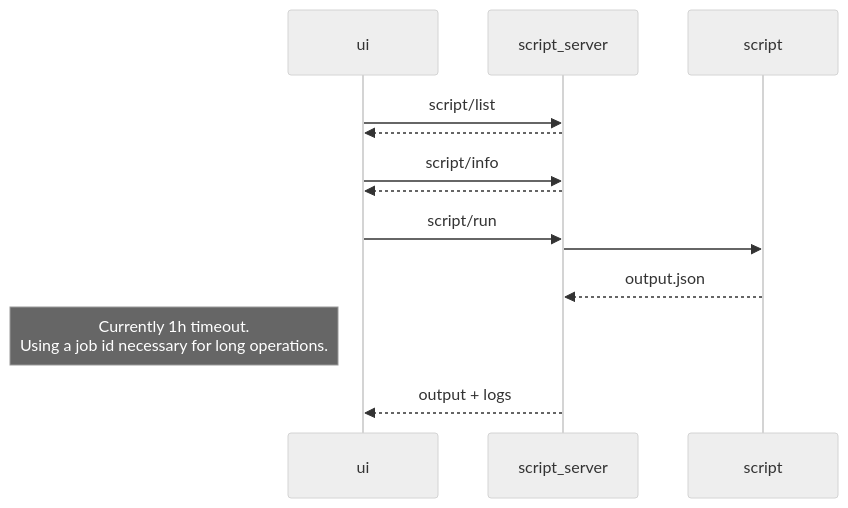
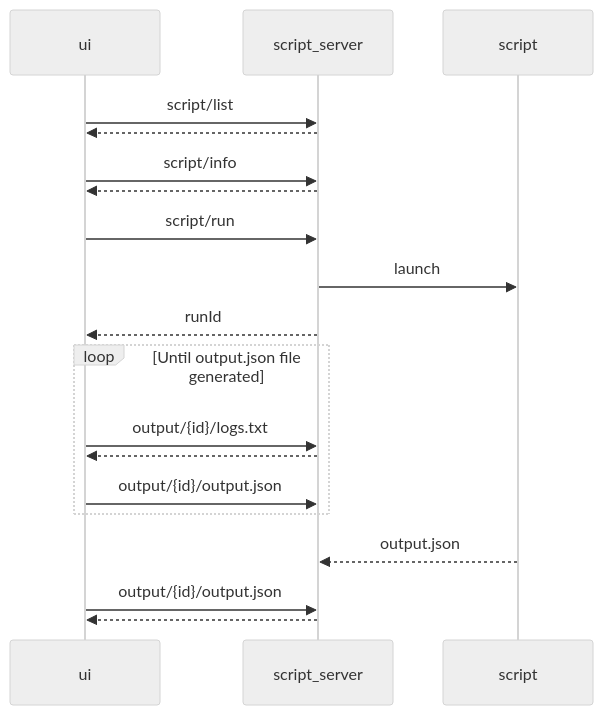
Before and after one commit to GEO-BON/bon-in-a-box-pipelines: the third of 4 diagrams in README-dev.md, drawn with Mermaid (neutral theme). The commit also changed other lines of this file and 1 other file, not shown here.

````diff
--- a/README-dev.md
+++ b/README-dev.md
@@ -71,14 +71,26 @@
 ```mermaid
 sequenceDiagram
     ui->>script_server: script/list
     script_server-->>ui: 
 
     ui->>script_server: script/info
     script_server-->>ui: 
 
     ui->>script_server: script/run
-    script_server->>script: 
+    script_server->>script: launch
+    script_server-->>ui: runId
+
+    loop Until output.json file generated
+        ui->>script_server: output/{id}/logs.txt
+        script_server-->>ui: 
+
+        ui->>script_server: output/{id}/output.json
+    end
+
+   
     script-->>script_server: output.json
-    Note left of ui: Currently 1h timeout.<br/>Using a job id necessary for long operations.
-    script_server-->>ui: output + logs
+
+    ui->>script_server: output/{id}/output.json
+    script_server-->>ui: 
+
 ```
````
